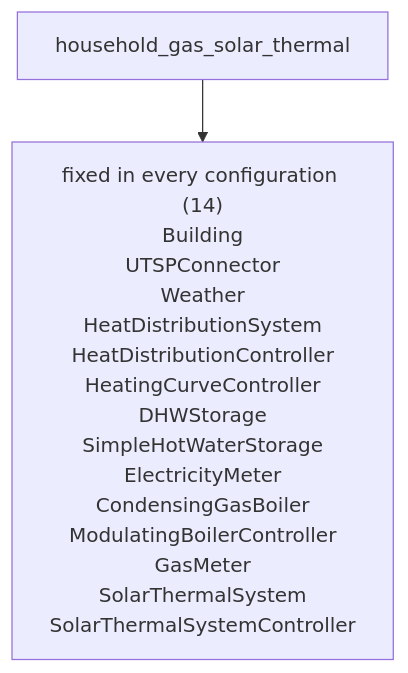
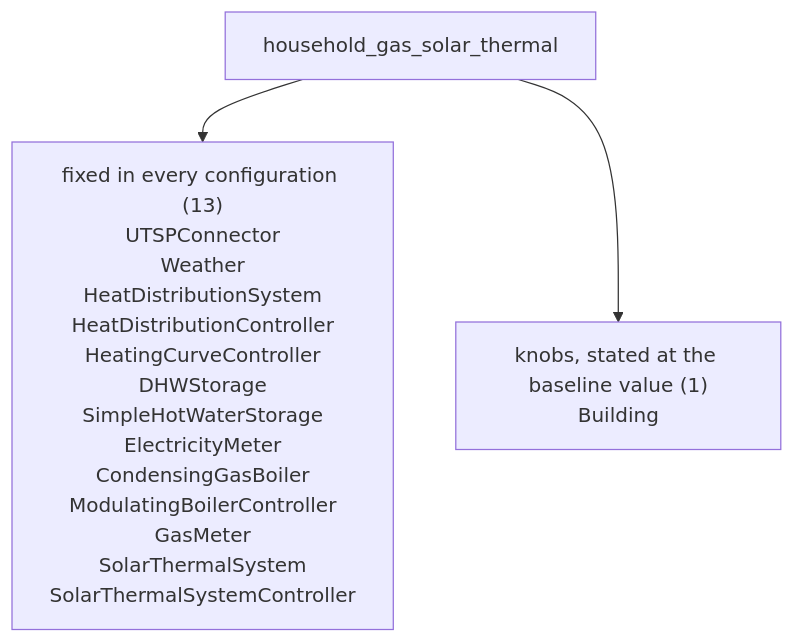
One commit to FZJ-IEK3-VSA/HiSim changed the fourth of 22 diagrams in roadmap/declarative_energy_systems/grouping_overview.md. Above: the diagram before and after it, drawn with Mermaid. The commit also changed other lines of this file and 11 other files, not shown here.

````diff
--- a/roadmap/declarative_energy_systems/grouping_overview.md
+++ b/roadmap/declarative_energy_systems/grouping_overview.md
@@ -216,7 +216,9 @@
 ```mermaid
 flowchart TD
     setup["household_gas_solar_thermal"]
-    fixed["fixed in every configuration (14)<br/>Building<br/>UTSPConnector<br/>Weather<br/>HeatDistributionSystem<br/>HeatDistributionController<br/>HeatingCurveController<br/>DHWStorage<br/>SimpleHotWaterStorage<br/>ElectricityMeter<br/>CondensingGasBoiler<br/>ModulatingBoilerController<br/>GasMeter<br/>SolarThermalSystem<br/>SolarThermalSystemController"]
+    fixed["fixed in every configuration (13)<br/>UTSPConnector<br/>Weather<br/>HeatDistributionSystem<br/>HeatDistributionController<br/>HeatingCurveController<br/>DHWStorage<br/>SimpleHotWaterStorage<br/>ElectricityMeter<br/>CondensingGasBoiler<br/>ModulatingBoilerController<br/>GasMeter<br/>SolarThermalSystem<br/>SolarThermalSystemController"]
+    knobs["knobs, stated at the baseline value (1)<br/>Building"]
 
     setup --> fixed
+    setup --> knobs
 ```
````
